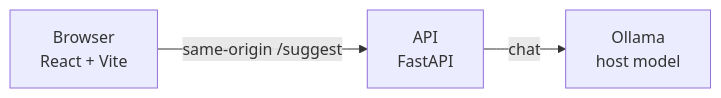
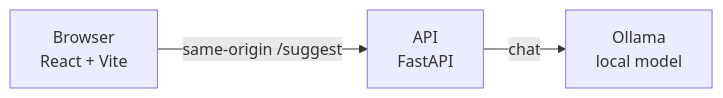
One commit to christycty/game-2048 changed the diagram in README.md. Above: the diagram before and after it, drawn with Mermaid. The commit also changed other lines of this file and 18 other files, not shown here.

````diff
--- a/README.md
+++ b/README.md
@@ -5,8 +5,8 @@
 ```mermaid
 flowchart LR
   Browser["Browser<br/>React + Vite"]
   API["API<br/>FastAPI"]
-  Ollama["Ollama<br/>host model"]
+  Ollama["Ollama<br/>local model"]
   Browser -->|"same-origin /suggest"| API
   API -->|"chat"| Ollama
 ```
````
